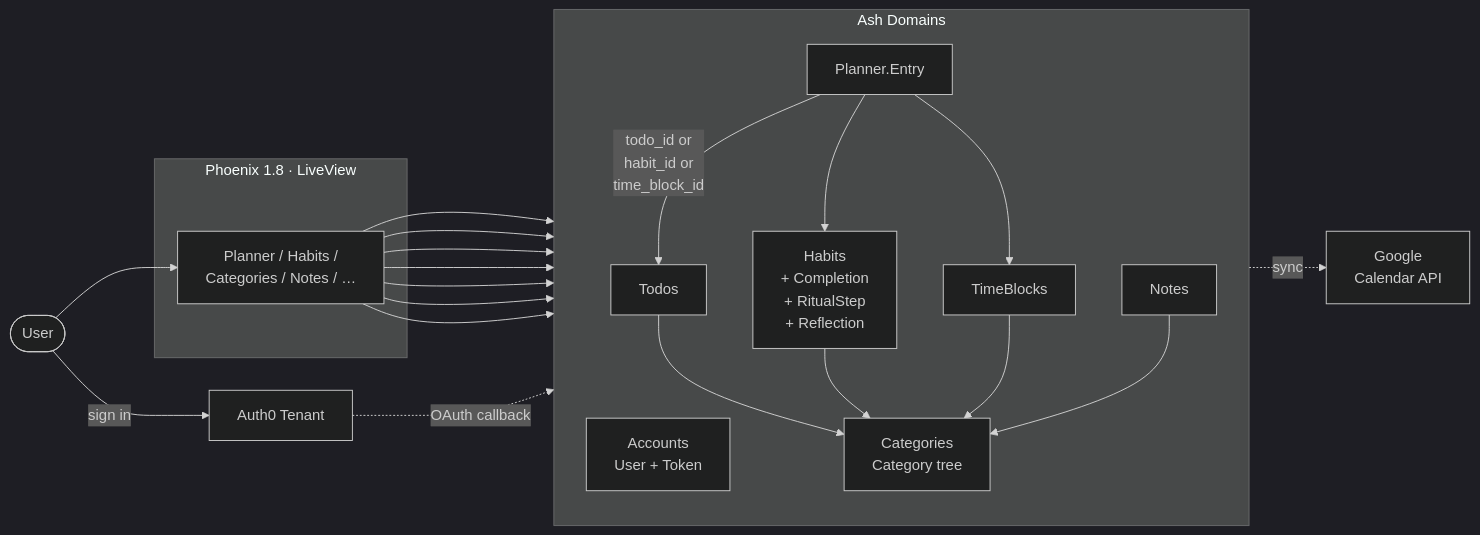
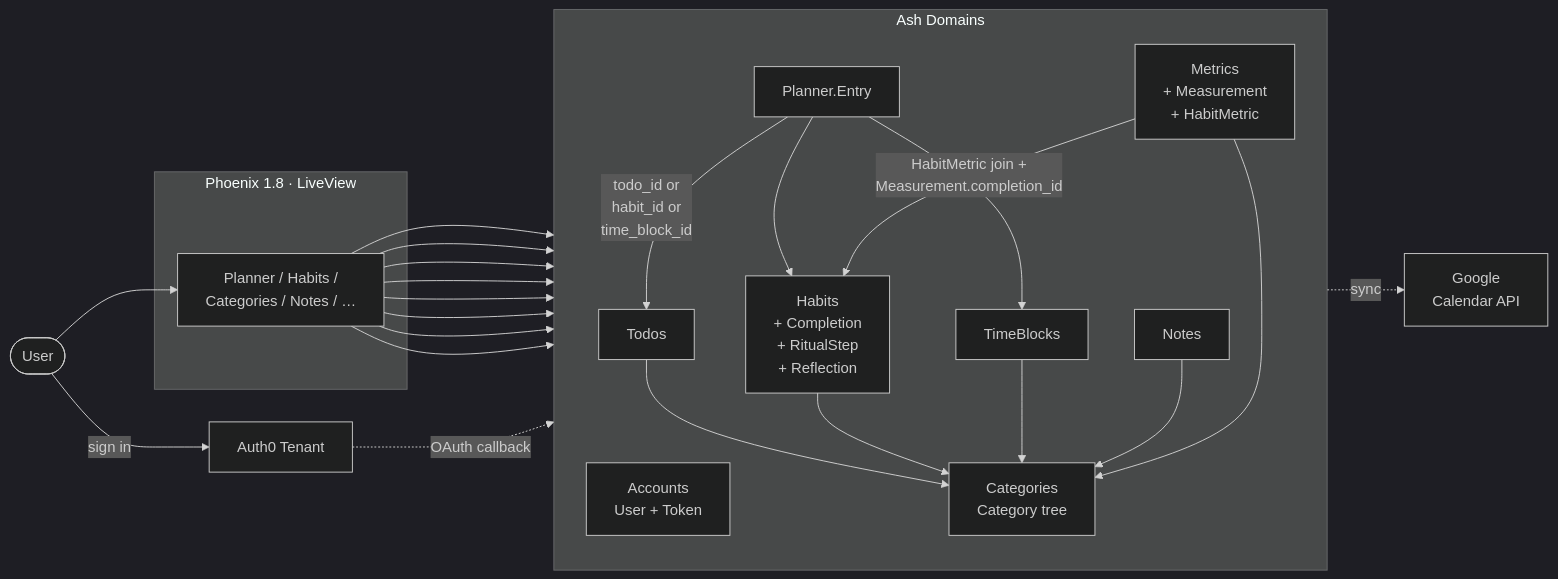
One commit to benkolera/electric-brain changed the diagram in README.md. Above: the diagram before and after it, drawn with Mermaid (dark theme). The commit also changed other lines of this file, not shown here.

Commit message:
README: document Metrics in features list + architecture diagram

````diff
--- a/README.md
+++ b/README.md
@@ -50,43 +57,48 @@
 ```mermaid
 flowchart LR
     user([User])
 
     user -->|"sign in"| auth0[Auth0 Tenant]
     user --> liveview
 
     subgraph phx["Phoenix 1.8 · LiveView"]
         liveview["Planner / Habits /<br/>Categories / Notes / …"]
     end
 
     subgraph ash["Ash Domains"]
         direction TB
         accounts[Accounts<br/>User + Token]
         categories[Categories<br/>Category tree]
         todos[Todos]
         habits[Habits<br/>+ Completion<br/>+ RitualStep<br/>+ Reflection]
         timeblocks[TimeBlocks]
         planner[Planner.Entry]
         notes[Notes]
+        metrics[Metrics<br/>+ Measurement<br/>+ HabitMetric]
     end
 
     liveview --> accounts
     liveview --> categories
     liveview --> todos
     liveview --> habits
     liveview --> timeblocks
     liveview --> planner
     liveview --> notes
+    liveview --> metrics
 
     todos --> categories
     habits --> categories
     timeblocks --> categories
     notes --> categories
+    metrics --> categories
 
     planner -->|"todo_id or<br/>habit_id or<br/>time_block_id"| todos
     planner --> habits
     planner --> timeblocks
 
+    metrics -->|"HabitMetric join +<br/>Measurement.completion_id"| habits
+
     planner -.->|"sync"| gcal[Google<br/>Calendar API]
 
     auth0 -.->|"OAuth callback"| accounts
 ```
````
